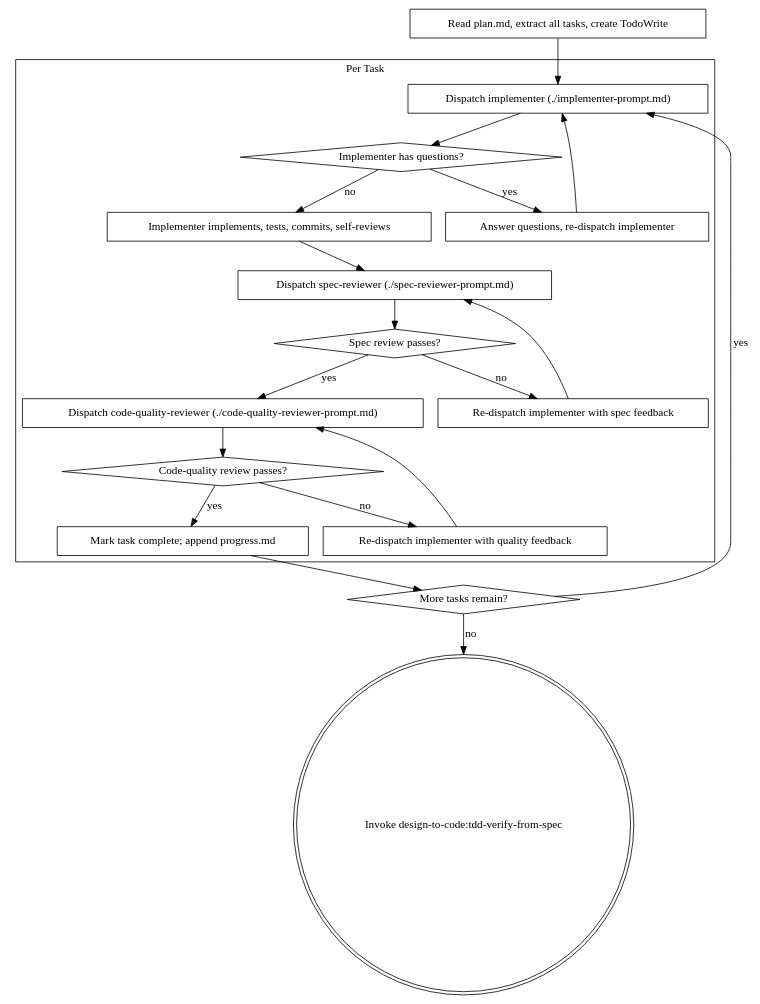
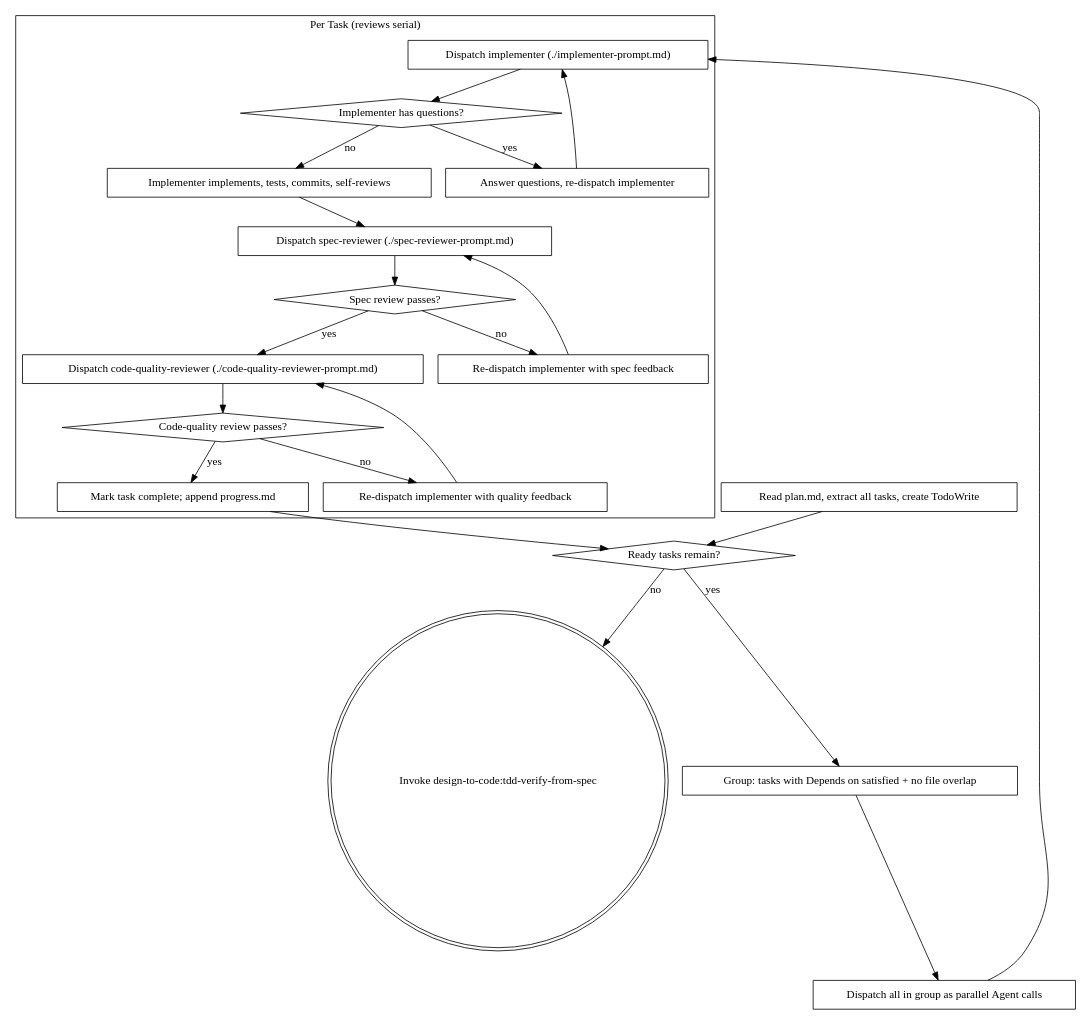
The second of 2 diagrams in skills/subagent-driven-development/SKILL.md (zhangtianwei1998/design-to-code), drawn with Graphviz before and after one commit. The commit also changed other lines of this file, not shown here.

Commit message:
fix(skills): align checklist and flowchart with parallel dispatch intent
Checklist step 3 now says "group ready tasks → dispatch all in parallel"
instead of "task-by-task". Flowchart adds a grouping node before dispatch
and loops back to "Ready tasks remain?" after each task completes, making
parallel dispatch the default for independent non-overlapping tasks.

````diff
--- a/skills/subagent-driven-development/SKILL.md
+++ b/skills/subagent-driven-development/SKILL.md
@@ -49,42 +49,46 @@
 ```dot
 digraph process {
     rankdir=TB;
 
     subgraph cluster_per_task {
-        label="Per Task";
+        label="Per Task (reviews serial)";
         "Dispatch implementer (./implementer-prompt.md)" [shape=box];
         "Implementer has questions?" [shape=diamond];
         "Answer questions, re-dispatch implementer" [shape=box];
         "Implementer implements, tests, commits, self-reviews" [shape=box];
         "Dispatch spec-reviewer (./spec-reviewer-prompt.md)" [shape=box];
         "Spec review passes?" [shape=diamond];
         "Re-dispatch implementer with spec feedback" [shape=box];
         "Dispatch code-quality-reviewer (./code-quality-reviewer-prompt.md)" [shape=box];
         "Code-quality review passes?" [shape=diamond];
         "Re-dispatch implementer with quality feedback" [shape=box];
         "Mark task complete; append progress.md" [shape=box];
     }
 
     "Read plan.md, extract all tasks, create TodoWrite" [shape=box];
-    "More tasks remain?" [shape=diamond];
+    "Ready tasks remain?" [shape=diamond];
+    "Group: tasks with Depends on satisfied + no file overlap" [shape=box];
+    "Dispatch all in group as parallel Agent calls" [shape=box];
     "Invoke design-to-code:tdd-verify-from-spec" [shape=doublecircle];
 
-    "Read plan.md, extract all tasks, create TodoWrite" -> "Dispatch implementer (./implementer-prompt.md)";
+    "Read plan.md, extract all tasks, create TodoWrite" -> "Ready tasks remain?";
+    "Ready tasks remain?" -> "Group: tasks with Depends on satisfied + no file overlap" [label="yes"];
+    "Ready tasks remain?" -> "Invoke design-to-code:tdd-verify-from-spec" [label="no"];
+    "Group: tasks with Depends on satisfied + no file overlap" -> "Dispatch all in group as parallel Agent calls";
+    "Dispatch all in group as parallel Agent calls" -> "Dispatch implementer (./implementer-prompt.md)";
     "Dispatch implementer (./implementer-prompt.md)" -> "Implementer has questions?";
     "Implementer has questions?" -> "Answer questions, re-dispatch implementer" [label="yes"];
     "Answer questions, re-dispatch implementer" -> "Dispatch implementer (./implementer-prompt.md)";
     "Implementer has questions?" -> "Implementer implements, tests, commits, self-reviews" [label="no"];
     "Implementer implements, tests, commits, self-reviews" -> "Dispatch spec-reviewer (./spec-reviewer-prompt.md)";
     "Dispatch spec-reviewer (./spec-reviewer-prompt.md)" -> "Spec review passes?";
     "Spec review passes?" -> "Re-dispatch implementer with spec feedback" [label="no"];
     "Re-dispatch implementer with spec feedback" -> "Dispatch spec-reviewer (./spec-reviewer-prompt.md)";
     "Spec review passes?" -> "Dispatch code-quality-reviewer (./code-quality-reviewer-prompt.md)" [label="yes"];
     "Dispatch code-quality-reviewer (./code-quality-reviewer-prompt.md)" -> "Code-quality review passes?";
     "Code-quality review passes?" -> "Re-dispatch implementer with quality feedback" [label="no"];
     "Re-dispatch implementer with quality feedback" -> "Dispatch code-quality-reviewer (./code-quality-reviewer-prompt.md)";
     "Code-quality review passes?" -> "Mark task complete; append progress.md" [label="yes"];
-    "Mark task complete; append progress.md" -> "More tasks remain?";
-    "More tasks remain?" -> "Dispatch implementer (./implementer-prompt.md)" [label="yes"];
-    "More tasks remain?" -> "Invoke design-to-code:tdd-verify-from-spec" [label="no"];
+    "Mark task complete; append progress.md" -> "Ready tasks remain?";
 }
 ```
````
